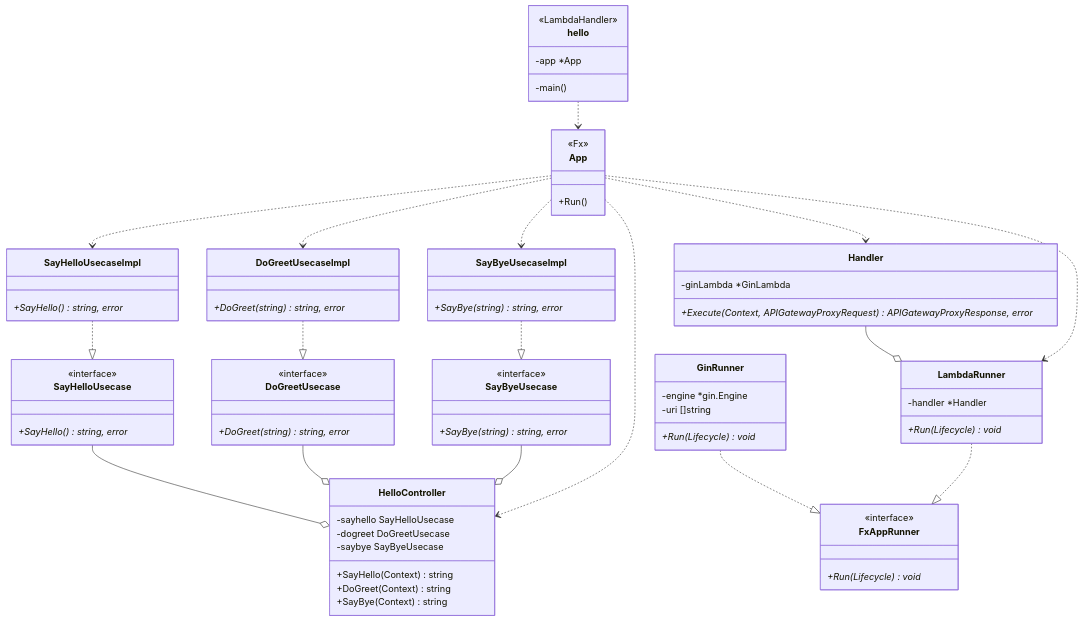
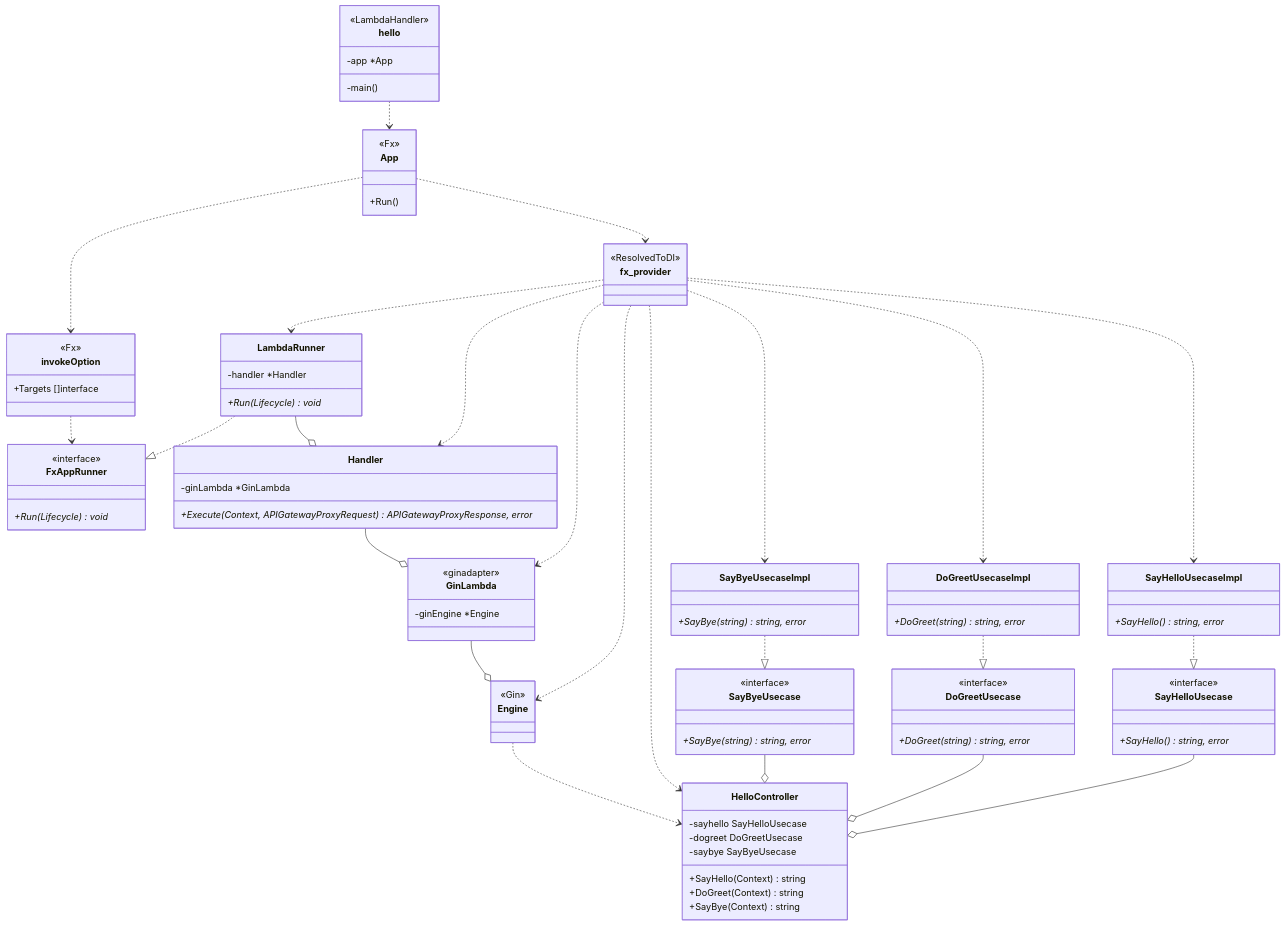
The diagram in README.md (miyamo2/go-gin-fx-on-lambda-template), drawn with Mermaid before and after one commit.

Commit message:
doc: README modify ClassDiagram

````diff
--- a/README.md
+++ b/README.md
@@ -40,12 +40,6 @@
 
    class LambdaRunner {
       -handler *Handler
-      +Run(Lifecycle)* void
-   }
-
-   class GinRunner {
-      -engine *gin.Engine
-      -uri    []string
       +Run(Lifecycle)* void
    }
 
@@ -63,6 +57,24 @@
    class App {
       <<Fx>>
       +Run()
+   }
+
+   class Engine {
+      <<Gin>>
+   }
+
+   class GinLambda {
+      <<ginadapter>>
+      -ginEngine *Engine
+   }
+
+   class fx_provider {
+      <<ResolvedToDI>>
+   }
+
+   class invokeOption {
+      <<Fx>>
+      +Targets []interface
    }
 
    class HelloController {
@@ -101,9 +113,7 @@
       +SayBye(string)* string, error
    }
 
-   GinRunner ..|> FxAppRunner
-   LambdaRunner ..|> FxAppRunner
-   Handler --o LambdaRunner
+
    SayHelloUsecaseImpl ..|> SayHelloUsecase
    DoGreetUsecaseImpl ..|> DoGreetUsecase
    SayByeUsecaseImpl ..|> SayByeUsecase
@@ -111,11 +121,24 @@
    DoGreetUsecase --o HelloController
    SayByeUsecase --o HelloController
 
-   App ..> SayHelloUsecaseImpl
-   App ..> DoGreetUsecaseImpl
-   App ..> SayByeUsecaseImpl
-   App ..> LambdaRunner
-   App ..> Handler
-   App ..> HelloController
+   fx_provider ..> SayHelloUsecaseImpl
+   fx_provider ..> DoGreetUsecaseImpl
+   fx_provider ..> SayByeUsecaseImpl
+   fx_provider ..> LambdaRunner
+   fx_provider ..> Handler
+   fx_provider ..> HelloController
+   fx_provider ..> Engine
+   fx_provider ..> GinLambda
+
+   Engine ..> HelloController
+   GinLambda --o Engine
+   LambdaRunner --o Handler
+   Handler --o GinLambda
+
+   LambdaRunner ..|> FxAppRunner
+   invokeOption ..> FxAppRunner
+
+   App ..> invokeOption
+   App ..> fx_provider
    hello ..> App
 ```
````
